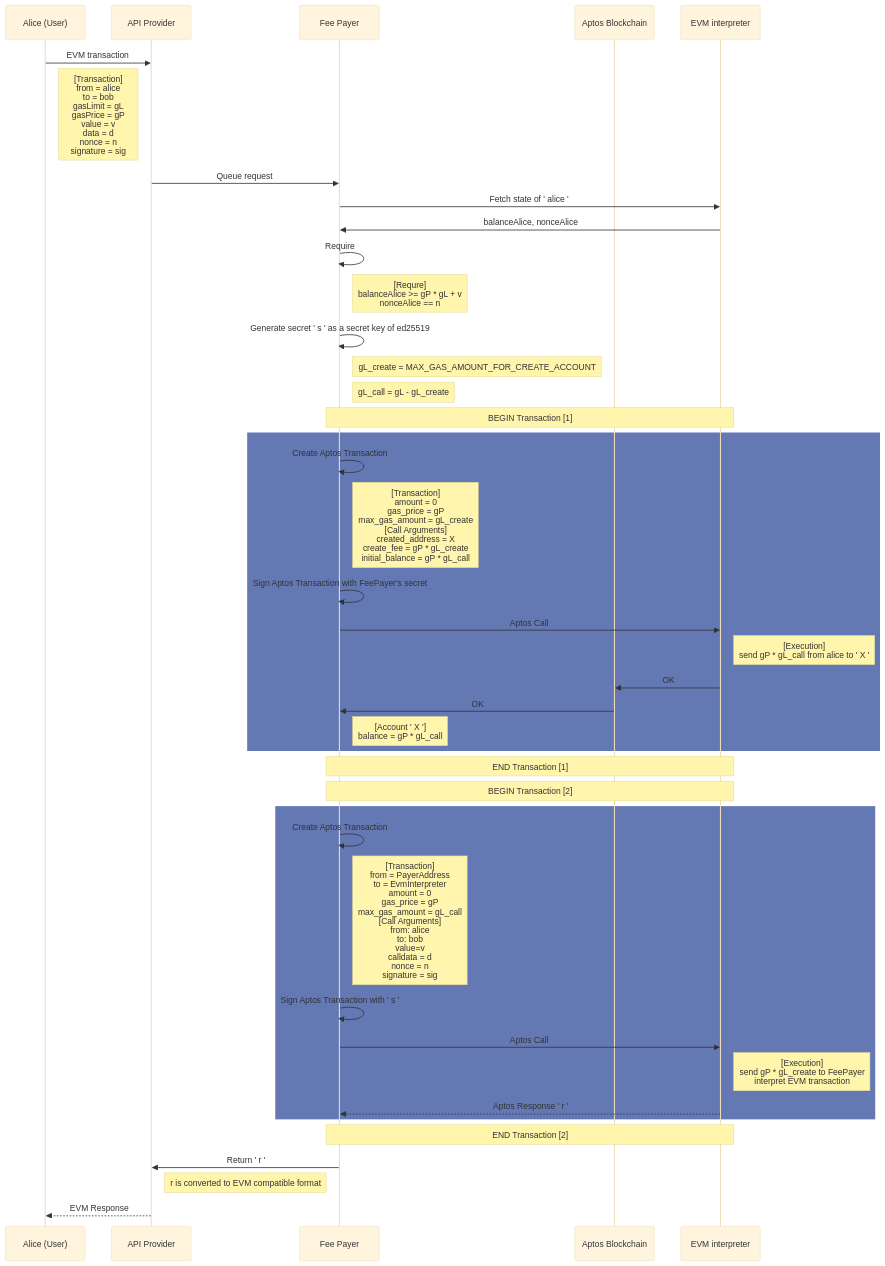
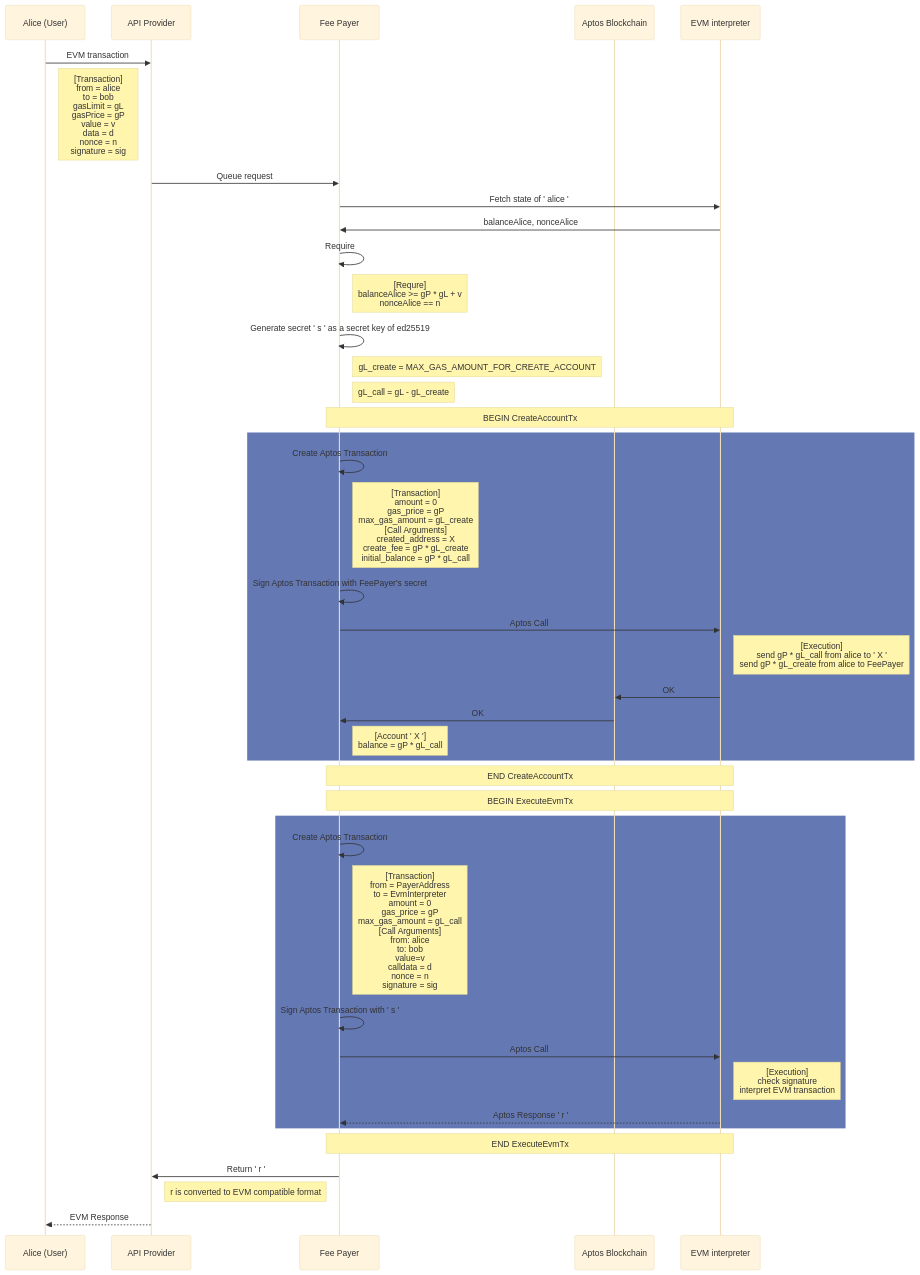
Before and after one commit to corriente-labs/half-evm: the diagram in doc/proxy.md, drawn with Mermaid (base theme).

Commit message:
refund create fee in CreateAccountTx

````diff
--- a/doc/proxy.md
+++ b/doc/proxy.md
@@ -25,51 +25,51 @@
 ```mermaid
 sequenceDiagram
     participant Alice as Alice (User)
     participant API as API Provider
     participant Payer as Fee Payer
     participant Aptos as Aptos Blockchain
     participant EVM as EVM interpreter
 
     Alice->>API: EVM transaction
     Note right of Alice: [Transaction]<br/>from = alice<br/>to = bob<br/>gasLimit = gL<br/>gasPrice = gP<br/>value = v<br/>data = d<br/>nonce = n<br/>signature = sig
     API->>Payer: Queue request
 
     Payer->>EVM: Fetch state of ' alice '
     EVM->>Payer: balanceAlice, nonceAlice
     
     Payer->>Payer: Require
     Note right of Payer: [Requre]<br/>balanceAlice >= gP * gL + v<br/>nonceAlice == n
 
     Payer->>Payer: Generate secret ' s ' as a secret key of ed25519
 
     Note right of Payer: gL_create = MAX_GAS_AMOUNT_FOR_CREATE_ACCOUNT
     Note right of Payer: gL_call = gL - gL_create
 
-    Note over Payer, EVM: BEGIN Transaction [1]
+    Note over Payer, EVM: BEGIN CreateAccountTx
     rect rgb(100, 120, 180)
         Payer->>Payer: Create Aptos Transaction
         Note right of Payer: [Transaction]<br/>amount = 0<br/>gas_price = gP<br/>max_gas_amount = gL_create<br/>[Call Arguments]<br/>created_address = X<br/>create_fee = gP * gL_create<br/>initial_balance = gP * gL_call
         Payer->>Payer: Sign Aptos Transaction with FeePayer's secret
         Payer->>EVM: Aptos Call
-        Note right of EVM: [Execution]<br/>send gP * gL_call from alice to ' X ' 
+        Note right of EVM: [Execution]<br/>send gP * gL_call from alice to ' X '<br/>send gP * gL_create from alice to FeePayer
         EVM->>Aptos: OK
         Aptos->>Payer: OK
         Note right of Payer: [Account ' X ']<br/>balance = gP * gL_call
     end
-    Note over Payer, EVM: END Transaction [1]
+    Note over Payer, EVM: END CreateAccountTx
 
-    Note over Payer, EVM: BEGIN Transaction [2]
+    Note over Payer, EVM: BEGIN ExecuteEvmTx
     rect rgb(100, 120, 180)
         Payer->>Payer: Create Aptos Transaction
         Note right of Payer: [Transaction]<br/>from = PayerAddress<br/>to = EvmInterpreter<br/>amount = 0<br/>gas_price = gP<br/>max_gas_amount = gL_call<br/>[Call Arguments]<br/>from: alice<br/>to: bob<br/>value=v<br/>calldata = d<br/>nonce = n<br/>signature = sig
         Payer->>Payer: Sign Aptos Transaction with ' s '
         Payer->>EVM: Aptos Call 
-        Note right of EVM: [Execution]<br/>send gP * gL_create to FeePayer<br/>interpret EVM transaction
+        Note right of EVM: [Execution]<br/>check signature<br/>interpret EVM transaction
         EVM-->>Payer: Aptos Response ' r '
     end
-    Note over Payer, EVM: END Transaction [2]
+    Note over Payer, EVM: END ExecuteEvmTx
 
     Payer->>API: Return ' r '
     Note right of API: r is converted to EVM compatible format
     API-->>Alice: EVM Response
 ```
````
